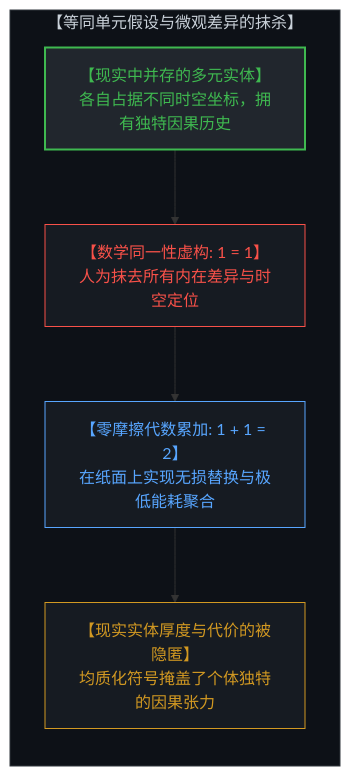
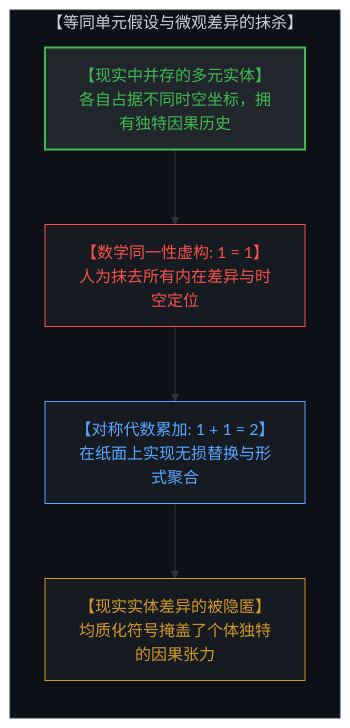
The second of 6 diagrams in content/posts/the-illusion-of-the-tool-and-the-inversion-of-time.md (powerpig99/not-a-toe), drawn with Mermaid before and after one commit. The commit also changed other lines of this file and 3 other files, not shown here.

````diff
--- a/content/posts/the-illusion-of-the-tool-and-the-inversion-of-time.md
+++ b/content/posts/the-illusion-of-the-tool-and-the-inversion-of-time.md
@@ -83,18 +82,18 @@
 ```mermaid
 graph TD
     subgraph IdentityFiction["【等同单元假设与微观差异的抹杀】"]
         direction TB
         RealEntities["【现实中并存的多元实体】<br>各自占据不同时空坐标，拥有独特因果历史"]
         IdentityAxiom["【数学同一性虚构: 1 = 1】<br>人为抹去所有内在差异与时空定位"]
-        FrictionlessAddition["【零摩擦代数累加: 1 + 1 = 2】<br>在纸面上实现无损替换与极低能耗聚合"]
-        LivingDiversityEradicated["【现实实体厚度与代价的被隐匿】<br>均质化符号掩盖了个体独特的因果张力"]
+        FrictionlessAddition["【对称代数累加: 1 + 1 = 2】<br>在纸面上实现无损替换与形式聚合"]
+        LivingDiversityEradicated["【现实实体差异的被隐匿】<br>均质化符号掩盖了个体独特的因果张力"]
         RealEntities --> IdentityAxiom
         IdentityAxiom --> FrictionlessAddition
         FrictionlessAddition --> LivingDiversityEradicated
     end
     style IdentityFiction fill:#0d1117,stroke:#30363d,stroke-width:1px,color:#c9d1d9
     style RealEntities fill:#21262d,stroke:#3fb950,stroke-width:2px,color:#3fb950
     style IdentityAxiom fill:#161b22,stroke:#f85149,stroke-width:1px,color:#f85149
     style FrictionlessAddition fill:#161b22,stroke:#58a6ff,stroke-width:1px,color:#58a6ff
     style LivingDiversityEradicated fill:#161b22,stroke:#d29922,stroke-width:1px,color:#d29922
 ```
````
